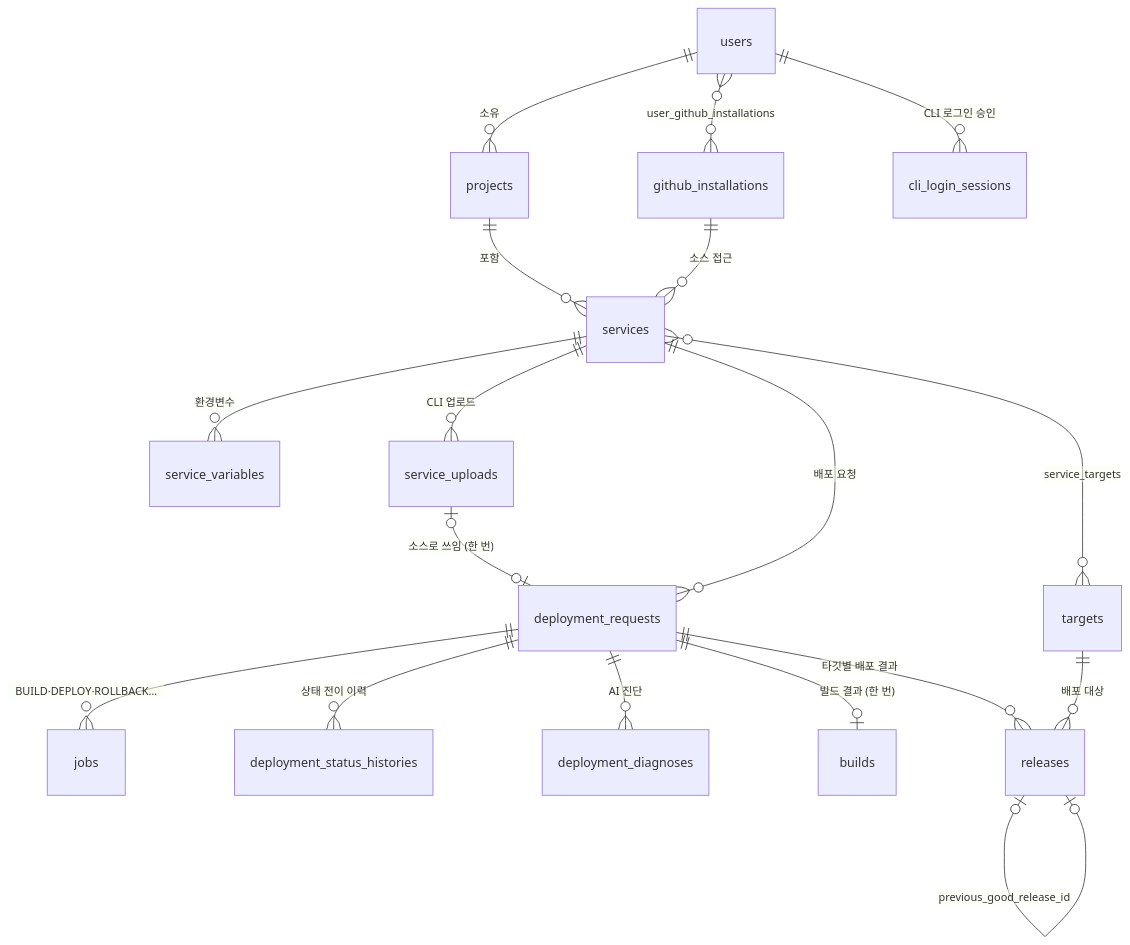
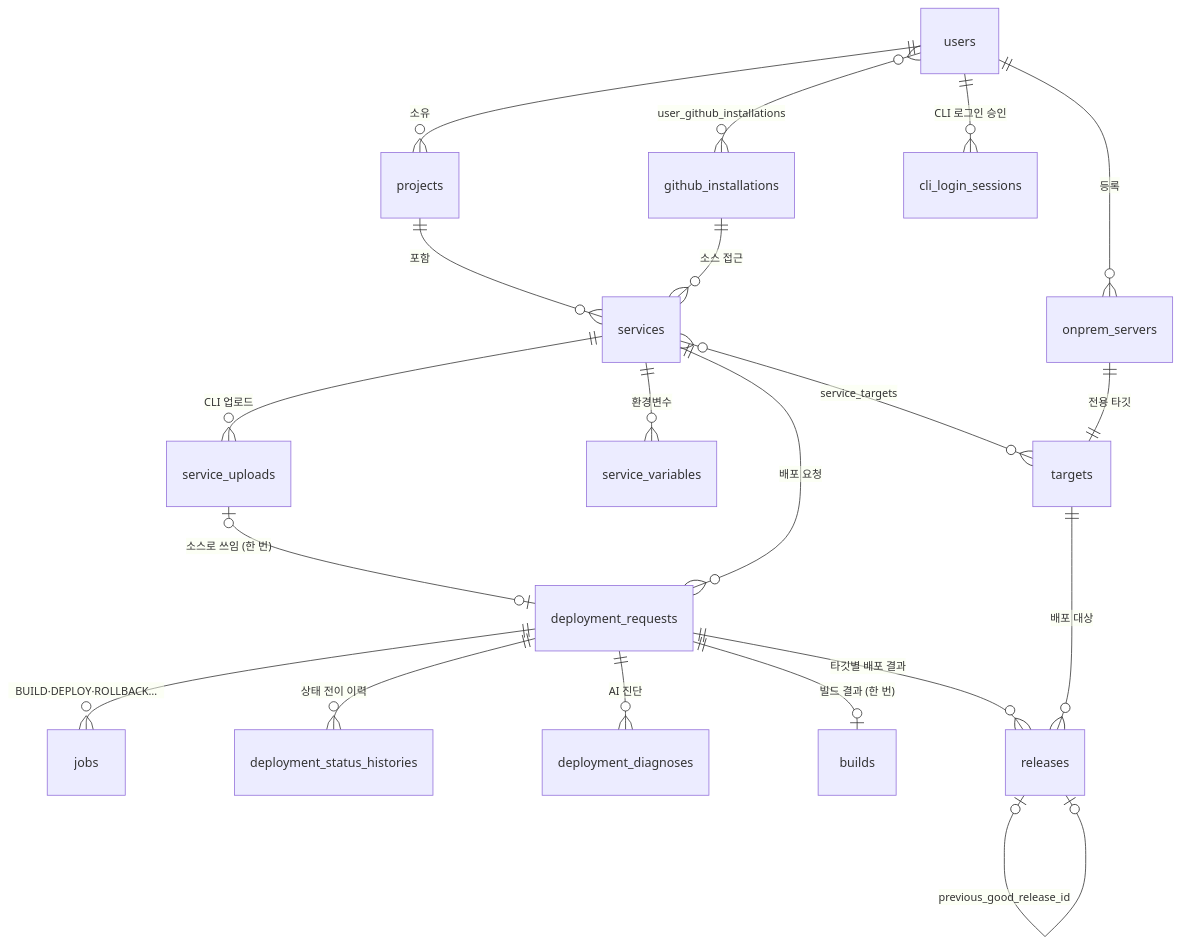
The diagram in .claude/rules/term-dictionary.md (2026-softbank-1/iris-was), drawn with Mermaid before and after one commit. The commit also changed other lines of this file and 4 other files, not shown here.

````diff
--- a/.claude/rules/term-dictionary.md
+++ b/.claude/rules/term-dictionary.md
@@ -46,20 +46,22 @@
 ```mermaid
 erDiagram
   users ||--o{ projects : "소유"
   users }o--o{ github_installations : "user_github_installations"
   users ||--o{ cli_login_sessions : "CLI 로그인 승인"
   projects ||--o{ services : "포함"
   github_installations ||--o{ services : "소스 접근"
   services }o--o{ targets : "service_targets"
   services ||--o{ service_variables : "환경변수"
   services ||--o{ service_uploads : "CLI 업로드"
   service_uploads |o--o| deployment_requests : "소스로 쓰임 (한 번)"
+  users ||--o{ onprem_servers : "등록"
+  onprem_servers ||--|| targets : "전용 타깃"
   services ||--o{ deployment_requests : "배포 요청"
   deployment_requests ||--o{ jobs : "BUILD·DEPLOY·ROLLBACK…"
   deployment_requests ||--o{ deployment_status_histories : "상태 전이 이력"
   deployment_requests ||--o{ deployment_diagnoses : "AI 진단"
   deployment_requests ||--o| builds : "빌드 결과 (한 번)"
   deployment_requests ||--o{ releases : "타깃별 배포 결과"
   targets ||--o{ releases : "배포 대상"
   releases |o--o| releases : "previous_good_release_id"
 ```
````
